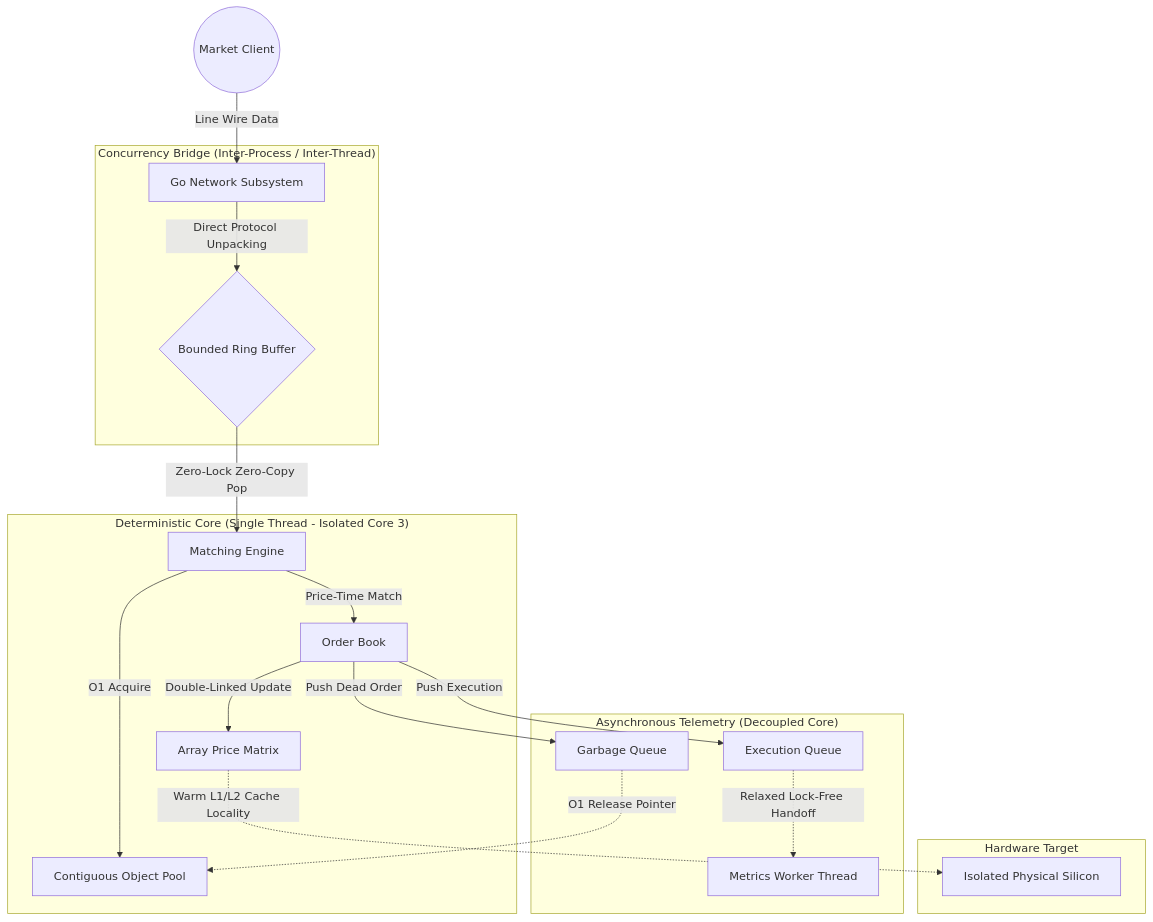
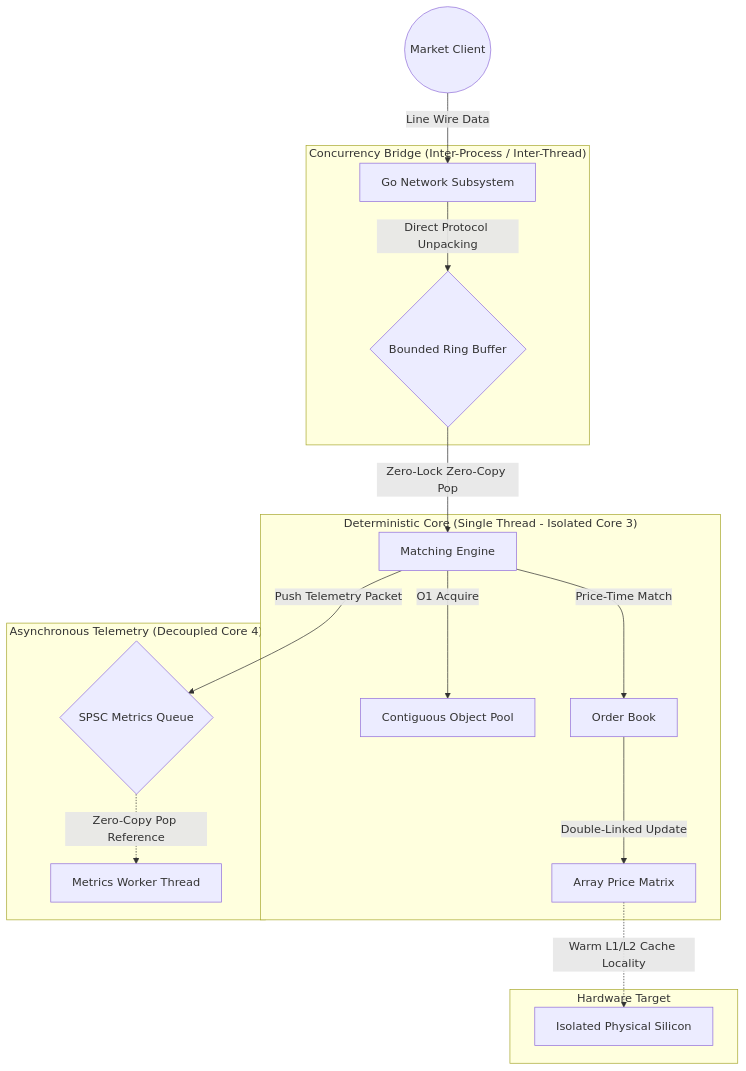
The diagram in README.md (DeltaFosB/sequitur), drawn with Mermaid before and after one commit. The commit also changed other lines of this file, not shown here.

Commit message:
Update README with sub-16ns latencies and out-of-band telemetry architecture

````diff
--- a/README.md
+++ b/README.md
@@ -60,27 +61,25 @@
 ```mermaid
 graph TD
     Client((Market Client)) -->|Line Wire Data| GoGateway[Go Network Subsystem]
     
     subgraph "Concurrency Bridge (Inter-Process / Inter-Thread)"
         GoGateway -->|Direct Protocol Unpacking| RingBuffer{Bounded Ring Buffer}
     end
     
     subgraph "Deterministic Core (Single Thread - Isolated Core 3)"
         RingBuffer -->|Zero-Lock Zero-Copy Pop| Engine[Matching Engine]
         Engine -->|O1 Acquire| Pool[Contiguous Object Pool]
         Engine -->|Price-Time Match| Book[Order Book]
         Book -->|Double-Linked Update| Matrix[Array Price Matrix]
     end
     
-    subgraph "Asynchronous Telemetry (Decoupled Core)"
-        Book -->|Push Execution| ExecQ[Execution Queue]
-        Book -->|Push Dead Order| TrashQ[Garbage Queue]
-        ExecQ -.->|Relaxed Lock-Free Handoff| MetricsWorker[Metrics Worker Thread]
-        TrashQ -.->|O1 Release Pointer| Pool
+    subgraph "Asynchronous Telemetry (Decoupled Core 4)"
+        Engine -->|Push Telemetry Packet| MetricsQueue{SPSC Metrics Queue}
+        MetricsQueue -.->|Zero-Copy Pop Reference| MetricsWorker[Metrics Worker Thread]
     end
     
     subgraph "Hardware Target"
         Matrix -.->|Warm L1/L2 Cache Locality| CPU[Isolated Physical Silicon]
     end
 
 ```
````
